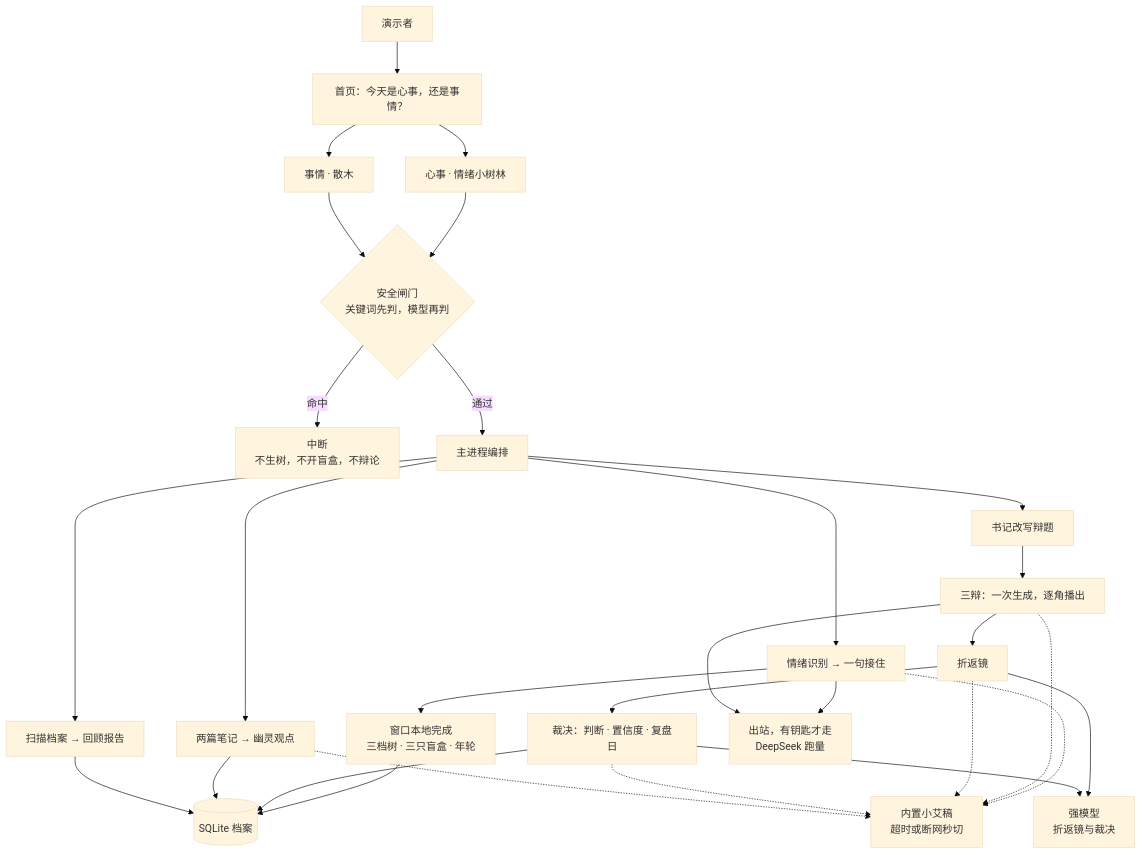
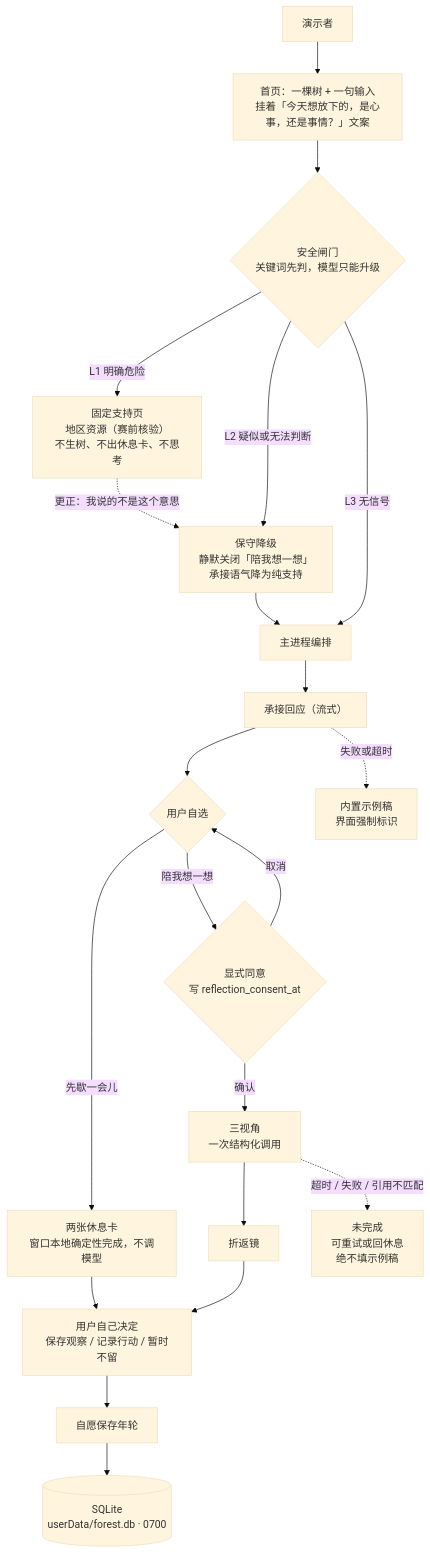
Before and after one commit to lyz-wave/jieyou-forest: the first of 2 diagrams in docs/jieyou-forest-architecture.md, drawn with Mermaid (base theme). The commit also changed other lines of this file and 8 other files, not shown here.

````diff
--- a/docs/jieyou-forest-architecture.md
+++ b/docs/jieyou-forest-architecture.md
@@ -7,39 +21,23 @@
 ```mermaid
 flowchart TB
-  user["演示者"]
-  user --> fork["首页：今天是心事，还是事情？"]
-
-  fork --> heart["心事 · 情绪小树林"]
-  fork --> work["事情 · 散木"]
-
-  heart --> gate{"安全闸门<br/>关键词先判，模型再判"}
-  work --> gate
-
-  gate -->|命中| stop["中断<br/>不生树，不开盲盒，不辩论"]
-  gate -->|通过| route["主进程编排"]
-
-  route --> feel["情绪识别 → 一句接住"]
-  feel --> local["窗口本地完成<br/>三档树 · 三只盲盒 · 年轮"]
-  route --> memo["书记改写辩题"]
-  memo --> trio["三辩：一次生成，逐角播出"]
+  user["演示者"] --> express["首页：一棵树 + 一句输入<br/>挂着「今天想放下的，是心事，还是事情？」文案"]
+  express --> gate{"安全闸门<br/>关键词先判，模型只能升级"}
+  gate -->|"L1 明确危险"| hold["固定支持页<br/>地区资源（赛前核验）<br/>不生树、不出休息卡、不思考"]
+  gate -->|"L2 疑似或无法判断"| soft["保守降级<br/>静默关闭「陪我想一想」<br/>承接语气降为纯支持"]
+  gate -->|"L3 无信号"| route["主进程编排"]
+  soft --> route
+  route --> feel["承接回应（流式）"]
+  feel --> fork{"用户自选"}
+  fork -->|"先歇一会儿"| cards["两张休息卡<br/>窗口本地确定性完成，不调模型"]
+  fork -->|"陪我想一想"| consent{"显式同意<br/>写 reflection_consent_at"}
+  consent -->|"取消"| fork
+  consent -->|"确认"| trio["三视角<br/>一次结构化调用"]
   trio --> mirror["折返镜"]
-  mirror --> judge["裁决：判断 · 置信度 · 复盘日"]
-  route --> bump["两篇笔记 → 幽灵观点"]
-  route --> look["扫描档案 → 回顾报告"]
-
-  local --> store[("SQLite 档案")]
-  judge --> store
-  bump --> store
-  look --> store
-
-  feel -.-> seed["内置小艾稿<br/>超时或断网秒切"]
-  trio -.-> seed
-  mirror -.-> seed
-  judge -.-> seed
-  bump -.-> seed
-
-  feel --> models["出站，有钥匙才走<br/>DeepSeek 跑量"]
-  trio --> models
-  mirror --> strong["强模型<br/>折返镜与裁决"]
-  judge --> strong
+  mirror --> keep["用户自己决定<br/>保存观察 / 记录行动 / 暂时不留"]
+  cards --> keep
+  keep --> save["自愿保存年轮"]
+  save --> store[("SQLite<br/>userData/forest.db · 0700")]
+  hold -.->|"更正：我说的不是这个意思"| soft
+  feel -.->|"失败或超时"| seed["内置示例稿<br/>界面强制标识"]
+  trio -.->|"超时 / 失败 / 引用不匹配"| unfinished["未完成<br/>可重试或回休息<br/>绝不填示例稿"]
 ```
````
